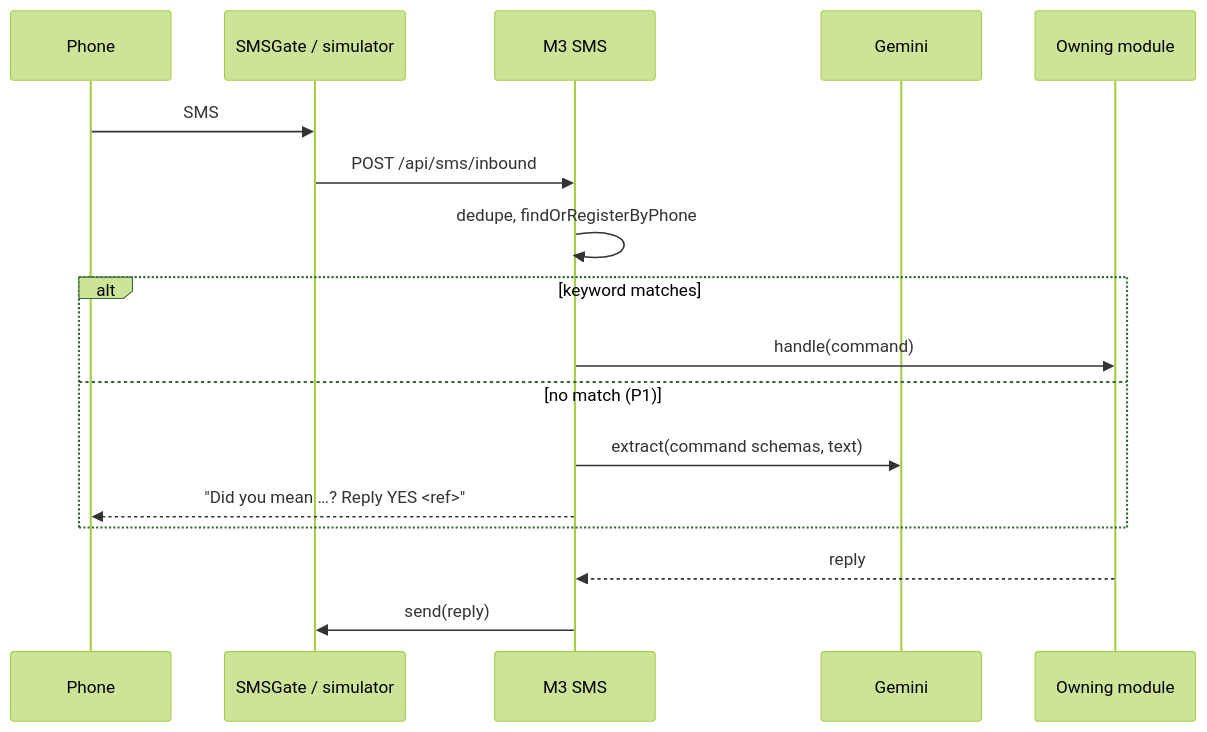
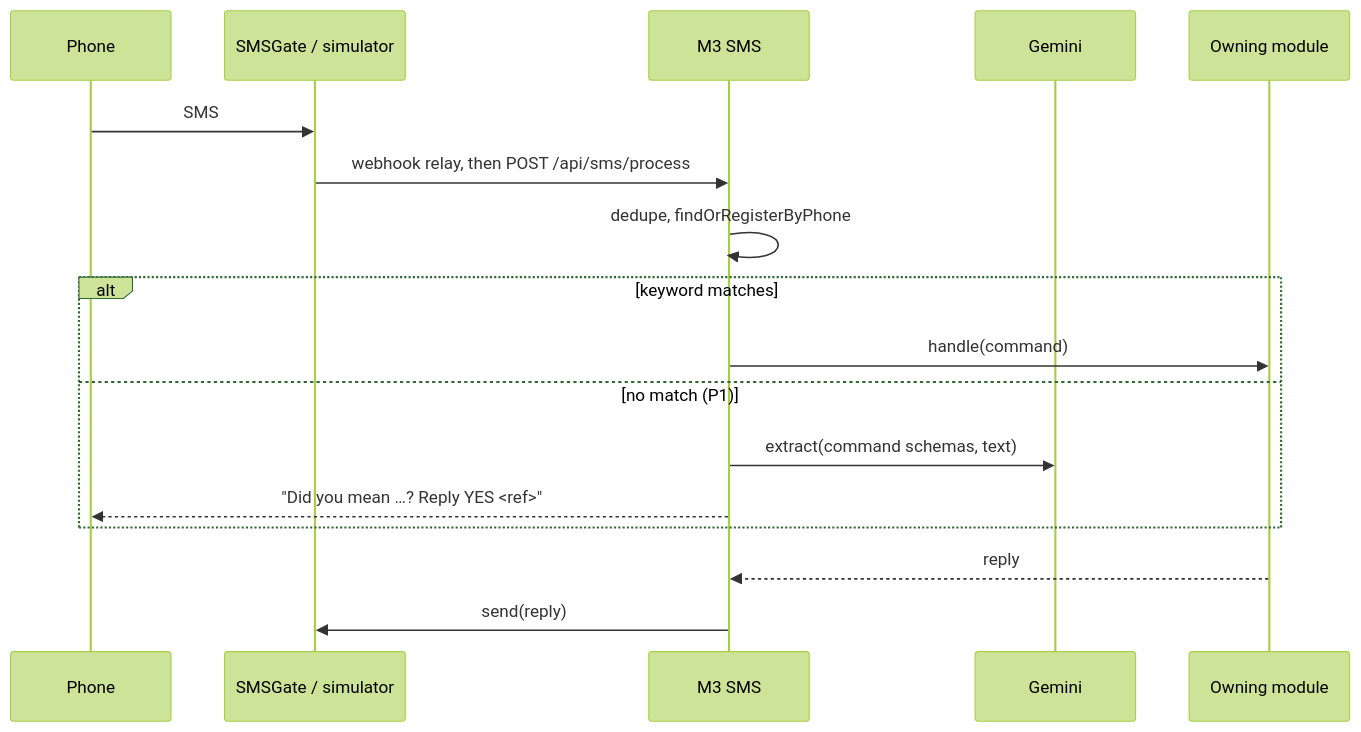
Before and after one commit to andrianllmm/hack-iloilo: the third of 4 diagrams in TRD.md, drawn with Mermaid (forest theme). The commit also changed other lines of this file and 3 other files, not shown here.

Commit message:
docs(sms): document cloud gateway and relay

````diff
--- a/TRD.md
+++ b/TRD.md
@@ -160,19 +167,19 @@
 ```mermaid
 sequenceDiagram
   participant P as Phone
   participant G as SMSGate / simulator
   participant S as M3 SMS
   participant AI as Gemini
   participant H as Owning module
   P->>G: SMS
-  G->>S: POST /api/sms/inbound
+  G->>S: webhook relay, then POST /api/sms/process
   S->>S: dedupe, findOrRegisterByPhone
   alt keyword matches
     S->>H: handle(command)
   else no match (P1)
     S->>AI: extract(command schemas, text)
     S-->>P: "Did you mean …? Reply YES <ref>"
   end
   H-->>S: reply
   S->>G: send(reply)
 ```
````
